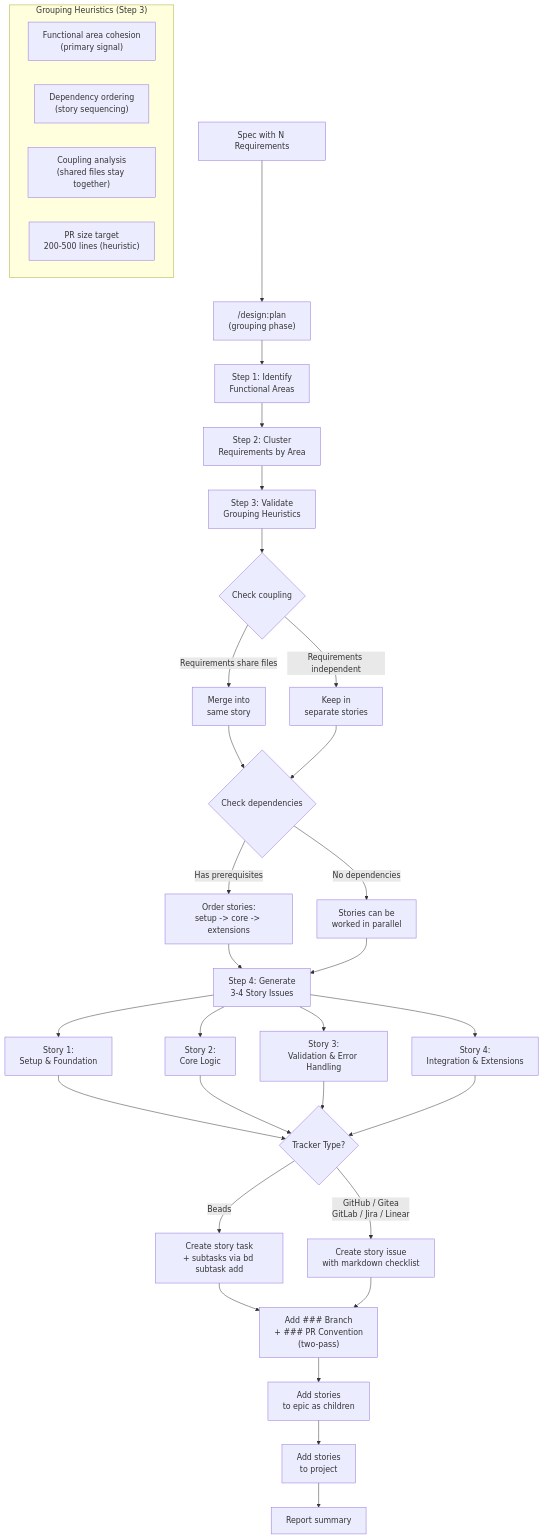
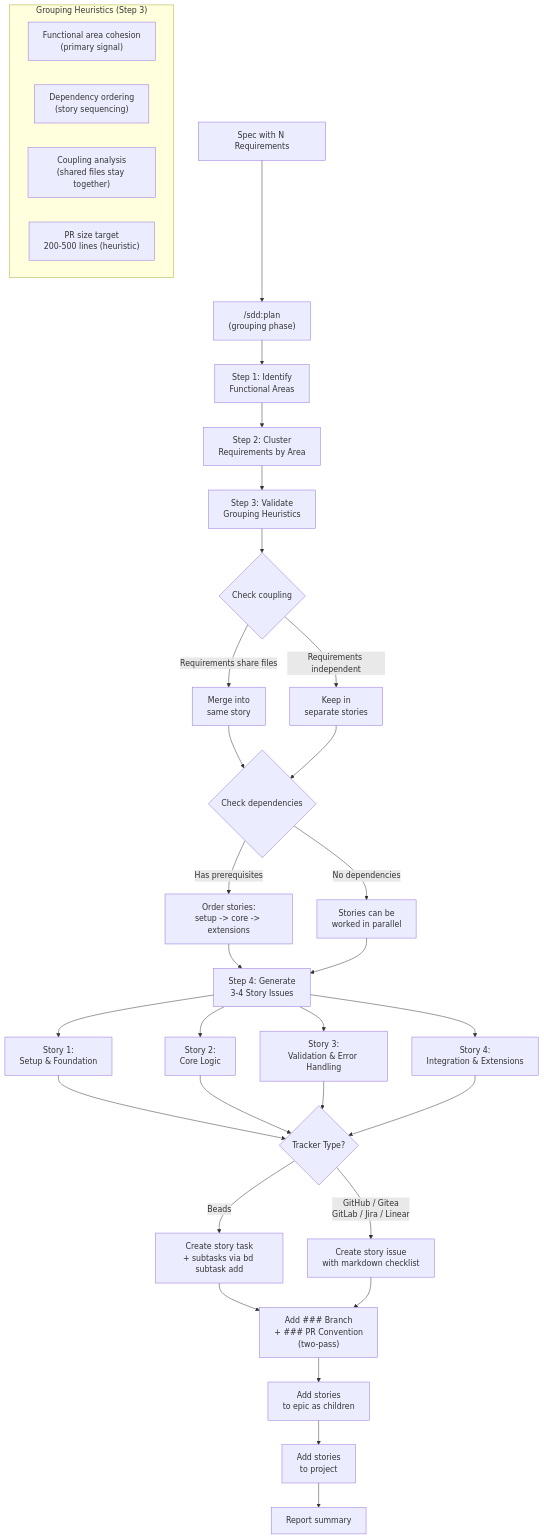
Before and after one commit to joestump/claude-plugin-design: the first of 3 diagrams in docs/openspec/specs/story-sized-issue-granularity/design.md, drawn with Mermaid. The commit also changed other lines of this file and 106 other files, not shown here.

First line of the commit message:
Rename plugin: design → sdd (Spec-Driven Development) (#75)

````diff
--- a/docs/openspec/specs/story-sized-issue-granularity/design.md
+++ b/docs/openspec/specs/story-sized-issue-granularity/design.md
@@ -81,47 +81,47 @@
 ```mermaid
 flowchart TD
-    A["Spec with N Requirements"] --> B["/design:plan\n(grouping phase)"]
+    A["Spec with N Requirements"] --> B["/sdd:plan\n(grouping phase)"]
 
     B --> C["Step 1: Identify\nFunctional Areas"]
     C --> D["Step 2: Cluster\nRequirements by Area"]
     D --> E["Step 3: Validate\nGrouping Heuristics"]
 
     E --> F{"Check coupling"}
     F -->|"Requirements share files"| G["Merge into\nsame story"]
     F -->|"Requirements independent"| H["Keep in\nseparate stories"]
 
     G --> I{"Check dependencies"}
     H --> I
     I -->|"Has prerequisites"| J["Order stories:\nsetup -> core -> extensions"]
     I -->|"No dependencies"| K["Stories can be\nworked in parallel"]
 
     J --> L["Step 4: Generate\n3-4 Story Issues"]
     K --> L
 
     L --> M["Story 1:\nSetup & Foundation"]
     L --> N["Story 2:\nCore Logic"]
     L --> O["Story 3:\nValidation & Error Handling"]
     L --> P["Story 4:\nIntegration & Extensions"]
 
     M --> Q{"Tracker Type?"}
     N --> Q
     O --> Q
     P --> Q
 
     Q -->|"Beads"| R["Create story task\n+ subtasks via bd subtask add"]
     Q -->|"GitHub / Gitea\nGitLab / Jira / Linear"| S["Create story issue\nwith markdown checklist"]
 
     R --> T["Add ### Branch\n+ ### PR Convention\n(two-pass)"]
     S --> T
 
     T --> U["Add stories\nto epic as children"]
     U --> V["Add stories\nto project"]
     V --> W["Report summary"]
 
     subgraph "Grouping Heuristics (Step 3)"
         H1["Functional area cohesion\n(primary signal)"]
         H2["Dependency ordering\n(story sequencing)"]
         H3["Coupling analysis\n(shared files stay together)"]
         H4["PR size target\n200-500 lines (heuristic)"]
     end
 ```
````
